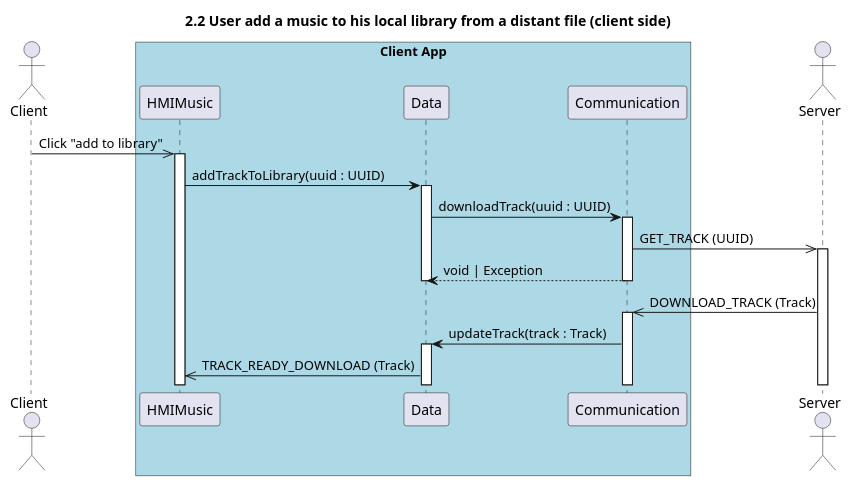
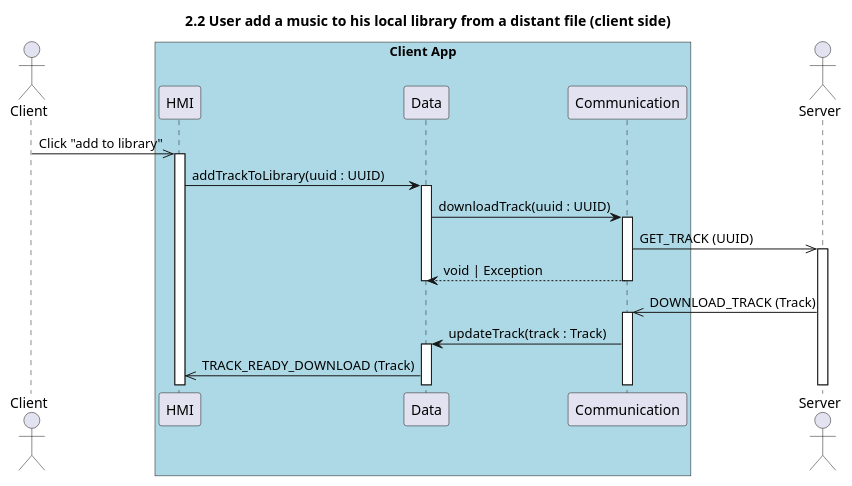
The diagram in sequence/2.2.download_music_client.puml (UTCAI12/Diagrams), drawn with PlantUML before and after one commit. The commit also changed 8 other files, not shown here.

```diff
--- a/sequence/2.2.download_music_client.puml
+++ b/sequence/2.2.download_music_client.puml
@@ -1,26 +1,26 @@
 @startuml 2.2 User add a music to his local library from a distant file (client side)
 title 2.2 User add a music to his local library from a distant file (client side)
 
 actor Client
 box "Client App" #LightBlue
-    participant HMIMusic
+    participant HMI
     participant Data
     participant Communication
 end box
 
 actor Server 
 
-Client ->> HMIMusic++: Click "add to library"
+Client ->> HMI++: Click "add to library"
 
-HMIMusic -> Data++: addTrackToLibrary(uuid : UUID)
+HMI -> Data++: addTrackToLibrary(uuid : UUID)
 Data -> Communication++: downloadTrack(uuid : UUID)
 Communication ->> Server++: GET_TRACK (UUID)
 Communication --> Data: void | Exception
 deactivate Data
 deactivate Communication
 
 Server ->> Communication++: DOWNLOAD_TRACK (Track) 
 Communication -> Data++: updateTrack(track : Track)
-Data->>HMIMusic: TRACK_READY_DOWNLOAD (Track) 
+Data->>HMI: TRACK_READY_DOWNLOAD (Track) 
 
 @enduml
```
